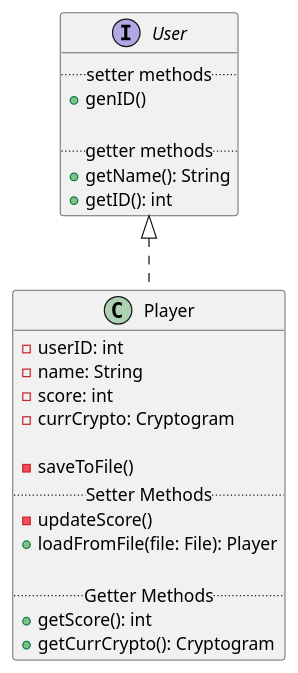
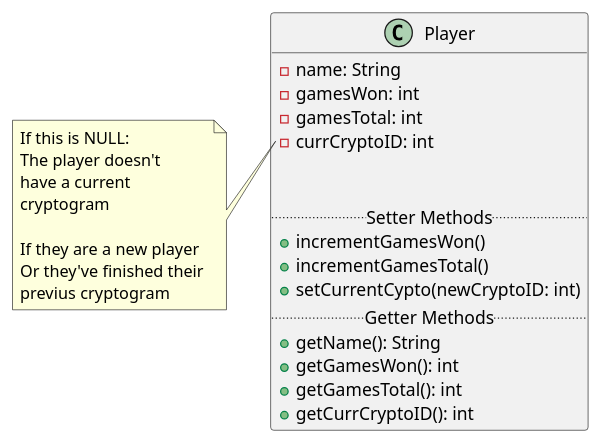
Before and after one commit to finlaysr/CS207-Cryptograms: the diagram in Class-Diagrams/src/user.puml, drawn with PlantUML. The commit also changed 3 other files, not shown here.

Commit message:
Adding more to the class diagrams

```diff
--- a/Class-Diagrams/src/user.puml
+++ b/Class-Diagrams/src/user.puml
@@ -1,28 +1,29 @@
 @startuml
+class Player {
+    - name: String
+    - gamesWon: int
+    - gamesTotal: int
+    - currCryptoID: int
 
-interface User {
-    ..setter methods..
-    + genID()
+    
+    ..Setter Methods..
+    + incrementGamesWon() 
+    + incrementGamesTotal()
+    + setCurrentCypto(newCryptoID: int)
+    ..Getter Methods..
+    + getName(): String
+    + getGamesWon(): int
+    + getGamesTotal(): int
+    + getCurrCryptoID(): int
+}
+note left of Player::currCryptoID
+ If this is NULL:
+ The player doesn't 
+ have a current 
+ cryptogram
 
-    ..getter methods..
-    + getName(): String
-    + getID(): int
-}
-
-class Player implements User {
-    - userID: int
-    - name: String
-    - score: int
-    - currCrypto: Cryptogram
-
-    - saveToFile()
-    ..Setter Methods..
-    - updateScore()
-    + loadFromFile(file: File): Player
-
-    ..Getter Methods..
-    + getScore(): int
-    + getCurrCrypto(): Cryptogram
-}
-
+ If they are a new player
+ Or they've finished their 
+ previus cryptogram
+end note
 @enduml
```
